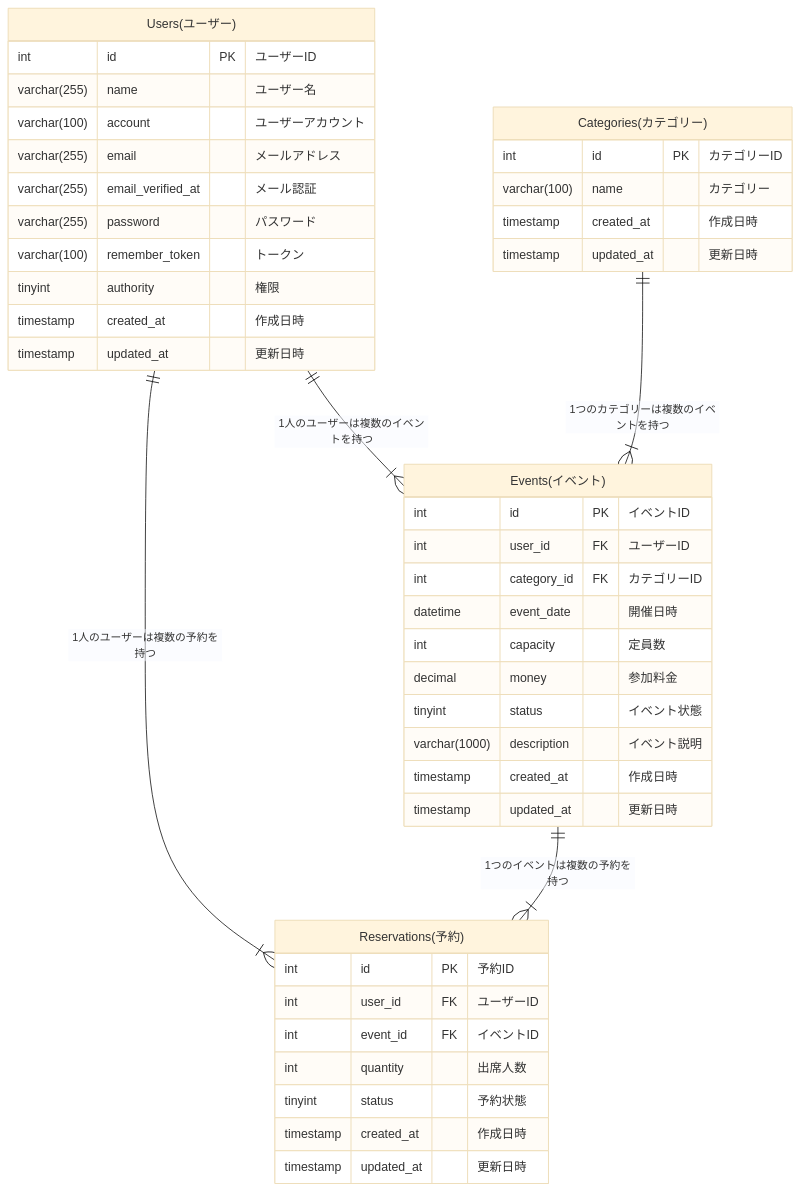
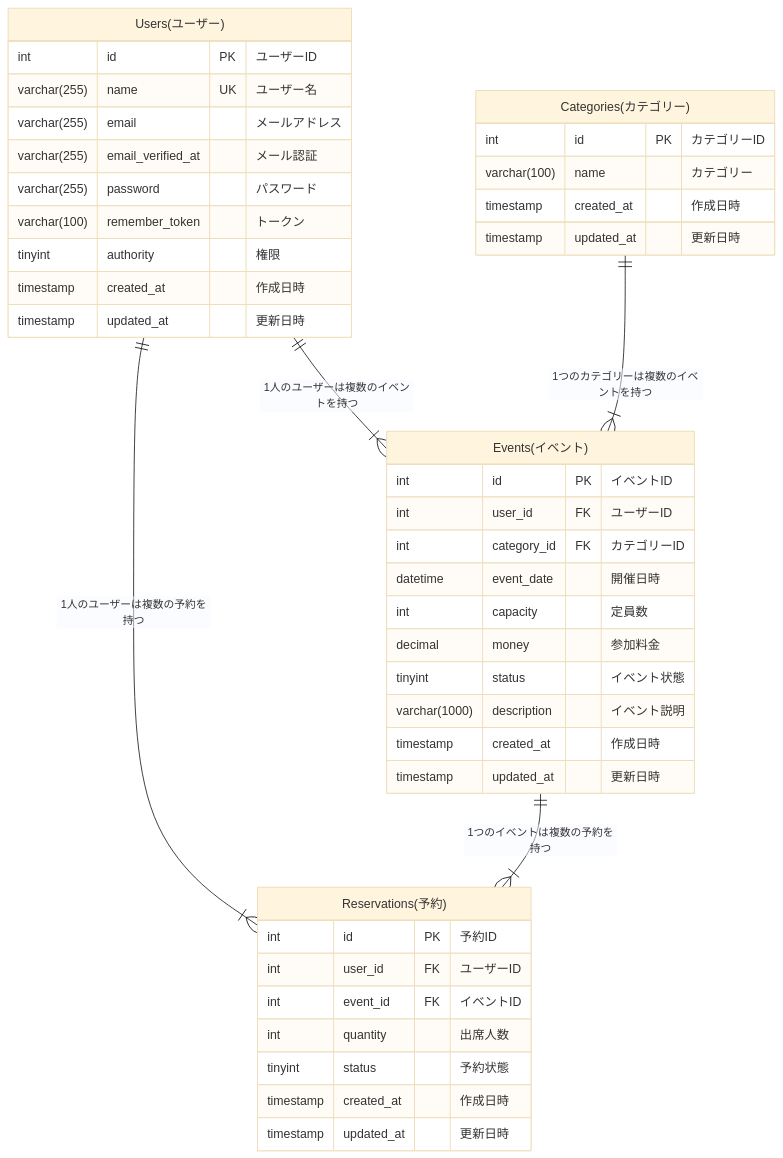
Before and after one commit to kai-phoenix/meetup_link: the diagram in table.md, drawn with Mermaid (base theme). The commit also changed 2 other files, not shown here.

Commit message:
[update]テーブル定義の修正
ユーザーアカウントを削除

````diff
--- a/table.md
+++ b/table.md
@@ -1,50 +1,49 @@
 ```mermaid
 erDiagram
     "Users(ユーザー)" ||--|{ "Reservations(予約)": "1人のユーザーは複数の予約を持つ"
     "Categories(カテゴリー)" ||--|{ "Events(イベント)": "1つのカテゴリーは複数のイベントを持つ"
     "Events(イベント)" ||--|{ "Reservations(予約)": "1つのイベントは複数の予約を持つ"
     "Users(ユーザー)" ||--|{ "Events(イベント)": "1人のユーザーは複数のイベントを持つ"
 
     "Users(ユーザー)" {
         int id PK "ユーザーID"
-        varchar(255) name "ユーザー名"
-        varchar(100) account "ユーザーアカウント"
+        varchar(255) name UK "ユーザー名"
         varchar(255) email "メールアドレス"
         varchar(255) email_verified_at "メール認証"
         varchar(255) password "パスワード"
         varchar(100) remember_token "トークン"
         tinyint authority　"権限"
         timestamp created_at "作成日時"
         timestamp updated_at "更新日時"
     }
 
     "Categories(カテゴリー)" {
         int id PK "カテゴリーID"
         varchar(100) name "カテゴリー"
         timestamp created_at "作成日時"
         timestamp updated_at "更新日時"
     }
 
     "Events(イベント)" {
         int id PK "イベントID"
         int user_id FK "ユーザーID"
         int category_id FK "カテゴリーID"
         datetime event_date "開催日時"
         int capacity "定員数"
         decimal money "参加料金"
         tinyint status "イベント状態"
         varchar(1000) description "イベント説明"
         timestamp created_at "作成日時"
         timestamp updated_at "更新日時"
     }
 
     "Reservations(予約)" {
         int id PK "予約ID"
         int user_id FK "ユーザーID"
         int event_id FK "イベントID"
         int quantity "出席人数"
         tinyint status "予約状態"
         timestamp created_at "作成日時"
         timestamp updated_at "更新日時"
     }
 ```
````
